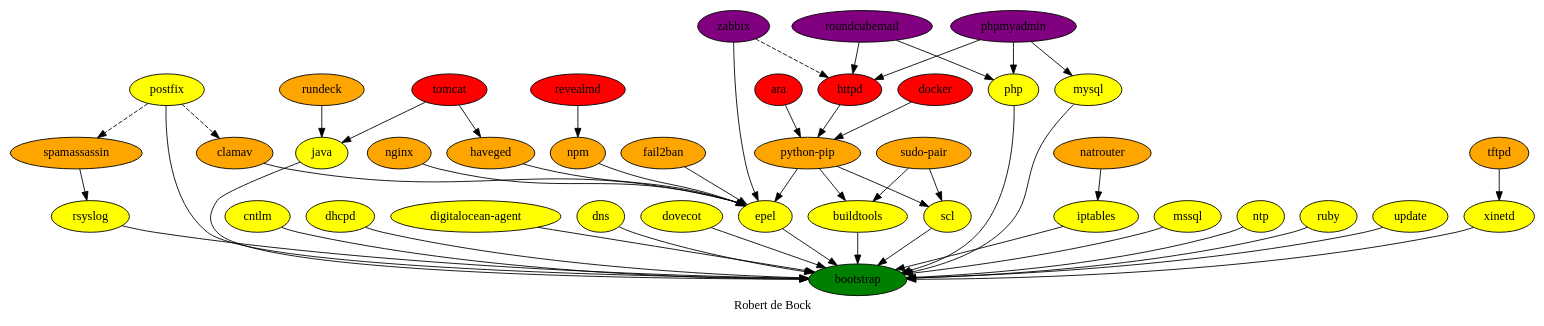
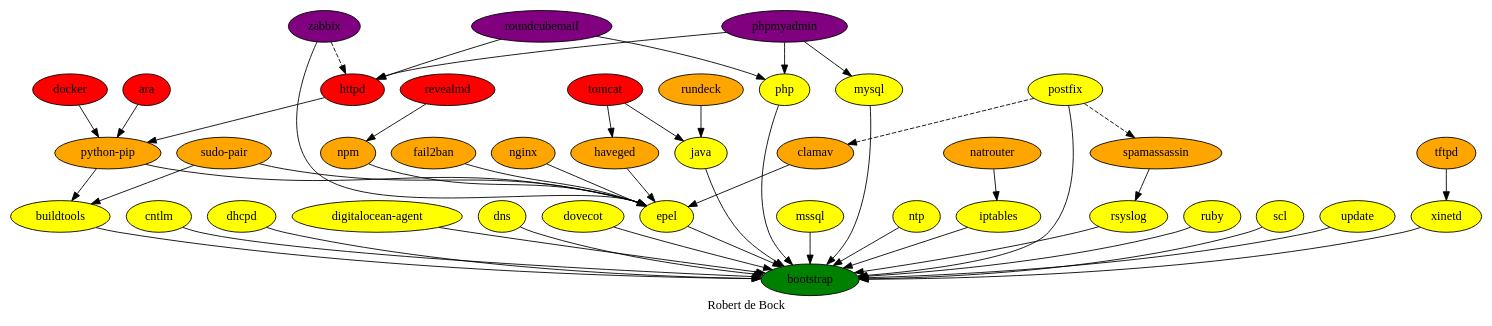
One commit to robertdebock/robertdebock.github.io changed the diagram in dependencies.dot. Above: the diagram before and after it, drawn with Graphviz. The commit also changed 1 other file, not shown here.

Commit message:
Remove SCL as dependency from sudo-pair

```diff
--- a/dependencies.dot
+++ b/dependencies.dot
@@ -1,58 +1,58 @@
 digraph hierarchy {
   label = "Robert de Bock" ;
   {
     ara [fillcolor=red style=filled]
     bootstrap [fillcolor=green style=filled]
     buildtools [fillcolor=yellow style=filled]
     clamav [fillcolor=orange style=filled]
     cntlm [fillcolor=yellow style=filled]
     dhcpd [fillcolor=yellow style=filled]
     "digitalocean-agent" [fillcolor=yellow style=filled]
     dns [fillcolor=yellow style=filled]
     docker [fillcolor=red style=filled]
     dovecot [fillcolor=yellow style=filled]
     epel [fillcolor=yellow style=filled]
     fail2ban [fillcolor=orange style=filled]
     haveged [fillcolor=orange style=filled]
     httpd [fillcolor=red style=filled]
     iptables [fillcolor=yellow style=filled]
     java [fillcolor=yellow style=filled]
     mssql [fillcolor=yellow style=filled]
     mysql [fillcolor=yellow style=filled]
     natrouter [fillcolor=orange style=filled]
     nginx [fillcolor=orange style=filled]
     npm [fillcolor=orange style=filled]
     ntp [fillcolor=yellow style=filled]
     php [fillcolor=yellow style=filled]
     phpmyadmin [fillcolor=purple style=filled]
     postfix [fillcolor=yellow style=filled]
     "python-pip" [fillcolor=orange style=filled]
     revealmd [fillcolor=red style=filled]
     roundcubemail [fillcolor=purple style=filled]
     rsyslog [fillcolor=yellow style=filled]
     ruby [fillcolor=yellow style=filled]
     rundeck [fillcolor=orange style=filled]
     scl [fillcolor=yellow style=filled]
     spamassassin [fillcolor=orange style=filled]
     "sudo-pair" [fillcolor=orange style=filled]
     tftpd [fillcolor=orange style=filled]
     tomcat [fillcolor=red style=filled]
     update [fillcolor=yellow style=filled]
     xinetd [fillcolor=yellow style=filled]
     zabbix [fillcolor=purple style=filled]
   }
   {buildtools cntlm dhcpd "digitalocean-agent" dns dovecot epel iptables java mysql mssql ntp php postfix rsyslog ruby scl update xinetd} -> bootstrap
-  {clamav fail2ban haveged nginx npm "python-pip" zabbix} -> epel
+  {clamav fail2ban haveged nginx npm "python-pip" "sudo-pair" zabbix} -> epel
   postfix -> {spamassassin clamav} [style=dashed]
   {ara docker httpd} -> "python-pip"
   revealmd -> npm
   natrouter -> iptables
   tftpd -> xinetd 
   phpmyadmin -> {php httpd mysql}
   roundcubemail -> {php httpd}
   zabbix -> httpd [style=dashed]
-  {"python-pip" "sudo-pair"} -> {buildtools scl}
+  {"python-pip" "sudo-pair"} -> {buildtools}
   {rundeck tomcat} -> java
   tomcat -> haveged
   spamassassin -> rsyslog
 }
```
